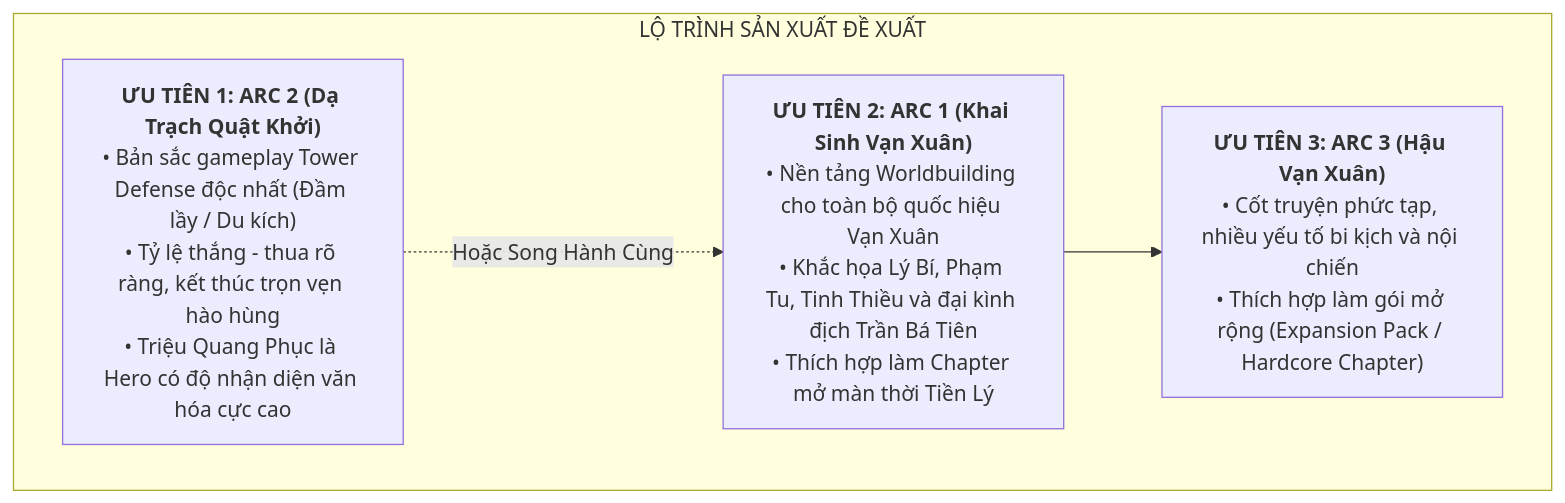
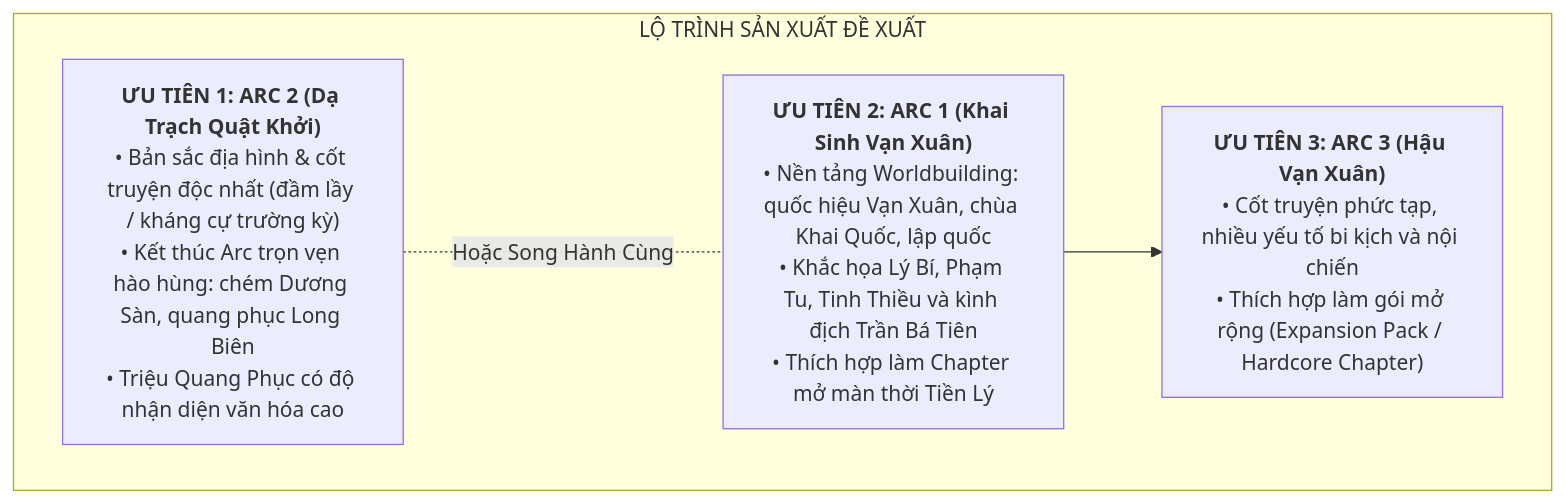
Before and after one commit to LightDucan/HuyenSu-TD: the third of 3 diagrams in docs/drafts/viet-su/van-xuan/chapter-structure-proposal.md, drawn with Mermaid. The commit also changed other lines of this file and 1 other file, not shown here.

Commit message:
docs(viet-su): apply VS-VX-01 source consistency fixes to chapter structure and roster spec (VS-VX-02)

````diff
--- a/docs/drafts/viet-su/van-xuan/chapter-structure-proposal.md
+++ b/docs/drafts/viet-su/van-xuan/chapter-structure-proposal.md
@@ -119,11 +123,11 @@
 ```mermaid
 graph TD
     subgraph LỘ TRÌNH SẢN XUẤT ĐỀ XUẤT
-        P1["<b>ƯU TIÊN 1: ARC 2 (Dạ Trạch Quật Khởi)</b><br>• Bản sắc gameplay Tower Defense độc nhất (Đầm lầy / Du kích)<br>• Tỷ lệ thắng - thua rõ ràng, kết thúc trọn vẹn hào hùng<br>• Triệu Quang Phục là Hero có độ nhận diện văn hóa cực cao"]
-        P2["<b>ƯU TIÊN 2: ARC 1 (Khai Sinh Vạn Xuân)</b><br>• Nền tảng Worldbuilding cho toàn bộ quốc hiệu Vạn Xuân<br>• Khắc họa Lý Bí, Phạm Tu, Tinh Thiều và đại kình địch Trần Bá Tiên<br>• Thích hợp làm Chapter mở màn thời Tiền Lý"]
+        P1["<b>ƯU TIÊN 1: ARC 2 (Dạ Trạch Quật Khởi)</b><br>• Bản sắc địa hình & cốt truyện độc nhất (đầm lầy / kháng cự trường kỳ)<br>• Kết thúc Arc trọn vẹn hào hùng: chém Dương Sàn, quang phục Long Biên<br>• Triệu Quang Phục có độ nhận diện văn hóa cao"]
+        P2["<b>ƯU TIÊN 2: ARC 1 (Khai Sinh Vạn Xuân)</b><br>• Nền tảng Worldbuilding: quốc hiệu Vạn Xuân, chùa Khai Quốc, lập quốc<br>• Khắc họa Lý Bí, Phạm Tu, Tinh Thiều và kình địch Trần Bá Tiên<br>• Thích hợp làm Chapter mở màn thời Tiền Lý"]
         P3["<b>ƯU TIÊN 3: ARC 3 (Hậu Vạn Xuân)</b><br>• Cốt truyện phức tạp, nhiều yếu tố bi kịch và nội chiến<br>• Thích hợp làm gói mở rộng (Expansion Pack / Hardcore Chapter)"]
         
-        P1 -.->|Hoặc Song Hành Cùng| P2
+        P1 -.-|Hoặc Song Hành Cùng| P2
         P2 --> P3
     end
 ```
````
